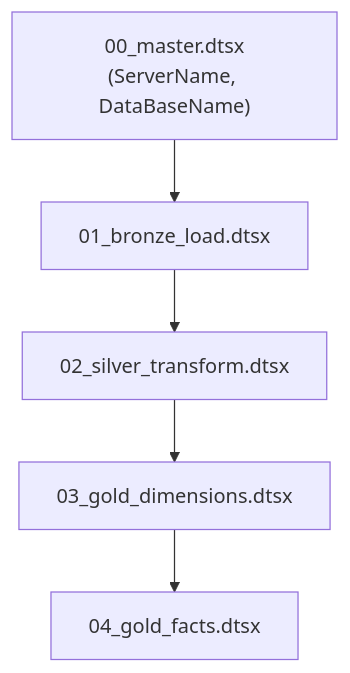
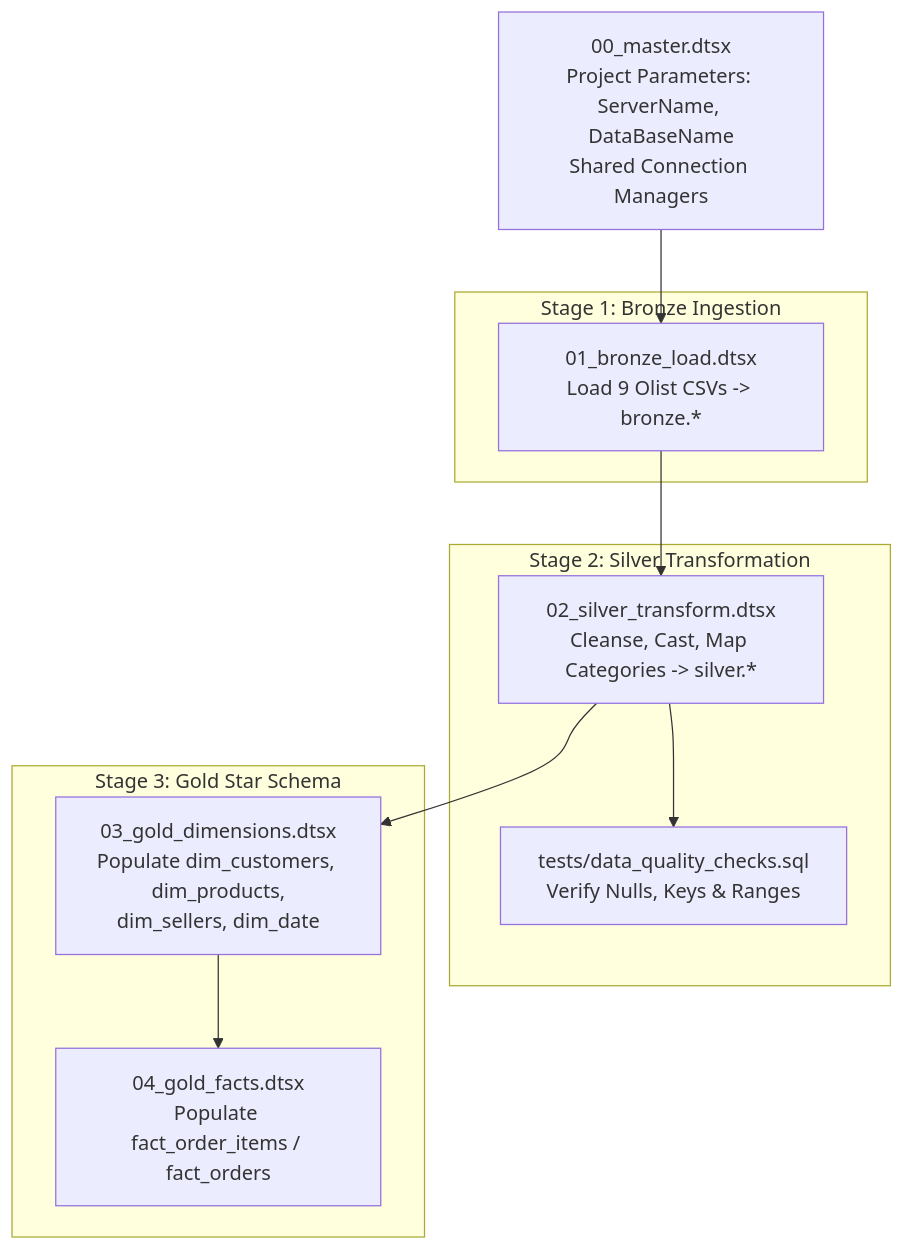
The diagram in docs/docs/ssis_flow.md (thwalarachel-oss/olist_dwh_brightlearn_project), drawn with Mermaid before and after one commit. The commit also changed 1 other file, not shown here.

Commit message:
edited architecture and ssis codes

````diff
--- a/docs/docs/ssis_flow.md
+++ b/docs/docs/ssis_flow.md
@@ -1,7 +1,24 @@
 ```mermaid
 flowchart TD
-    M["00_master.dtsx\n(ServerName, DataBaseName)"] --> B["01_bronze_load.dtsx"]
-    B --> S["02_silver_transform.dtsx"]
-    S --> D["03_gold_dimensions.dtsx"]
-    D --> F["04_gold_facts.dtsx"]
+    M["00_master.dtsx\nProject Parameters: ServerName, DataBaseName\nShared Connection Managers"]
+
+    subgraph B_STAGE["Stage 1: Bronze Ingestion"]
+        B1["01_bronze_load.dtsx\nLoad 9 Olist CSVs -> bronze.*"]
+    end
+
+    subgraph S_STAGE["Stage 2: Silver Transformation"]
+        S1["02_silver_transform.dtsx\nCleanse, Cast, Map Categories -> silver.*"]
+        T1["tests/data_quality_checks.sql\nVerify Nulls, Keys & Ranges"]
+    end
+
+    subgraph G_STAGE["Stage 3: Gold Star Schema"]
+        G1["03_gold_dimensions.dtsx\nPopulate dim_customers, dim_products,\ndim_sellers, dim_date"]
+        G2["04_gold_facts.dtsx\nPopulate fact_order_items / fact_orders"]
+    end
+
+    M --> B1
+    B1 --> S1
+    S1 --> T1
+    S1 --> G1
+    G1 --> G2
 ```
````
